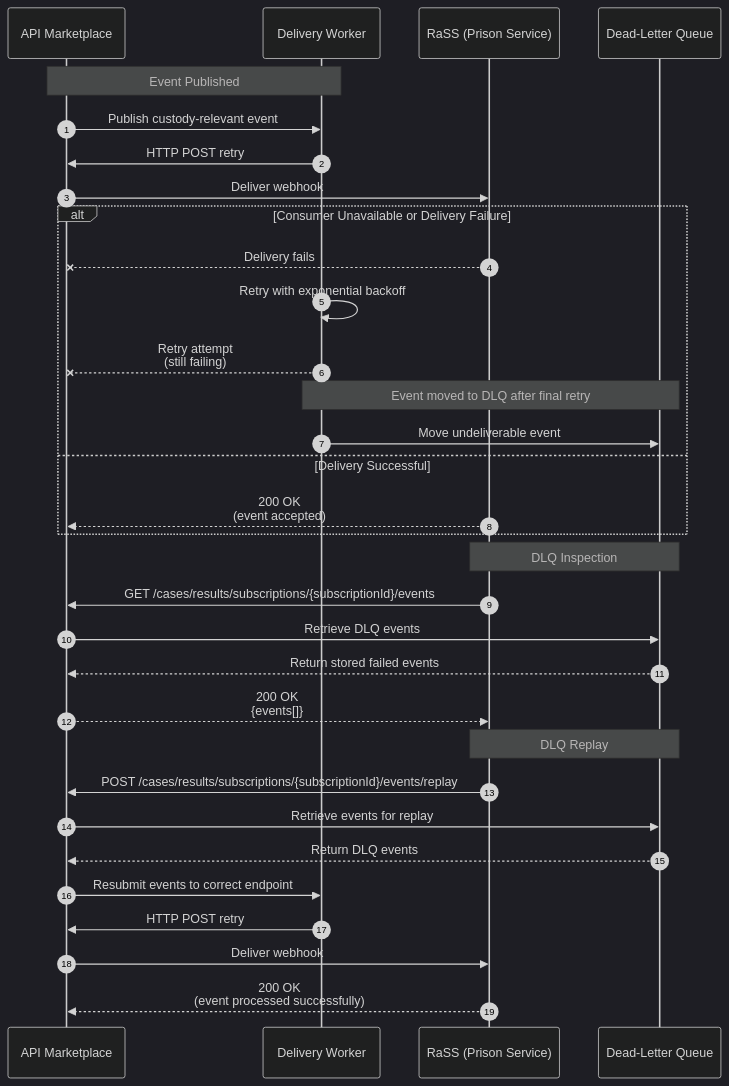
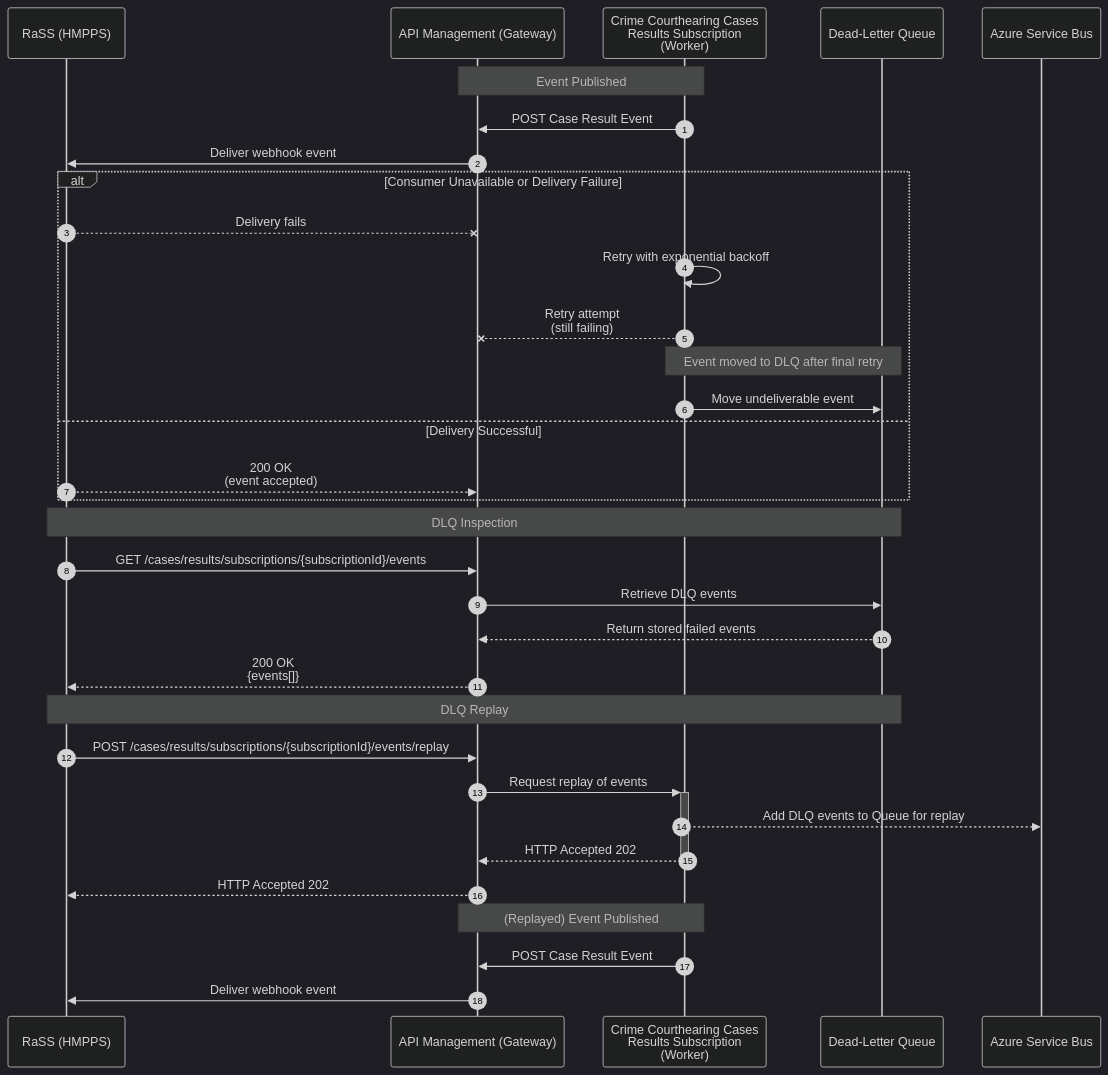
Before and after one commit to hmcts/api-cp-crime-hearing-case-event-subscription: the fourth of 4 diagrams in docs/NOTIFICATION_REQUIREMENTS.md, drawn with Mermaid (dark theme). The commit also changed other lines of this file, not shown here.

Commit message:
update failure sequence

````diff
--- a/docs/NOTIFICATION_REQUIREMENTS.md
+++ b/docs/NOTIFICATION_REQUIREMENTS.md
@@ -236,44 +236,49 @@
 ```mermaid
+
 sequenceDiagram
     autonumber
 
-    participant AMP as API Marketplace
-    participant Worker as Delivery Worker
-    participant Consumer as RaSS (Prison Service)
+    participant Consumer as RaSS (HMPPS)
+    participant APIM as API Management (Gateway)
+    participant Worker as Crime Courthearing Cases<br/>Results Subscription<br/>(Worker)
+
     participant DLQ as Dead-Letter Queue
+    participant AB as Azure Service Bus
 
-    Note over AMP,Worker: Event Published
+    Note over APIM,Worker: Event Published
 
-    AMP->>Worker: Publish custody-relevant event
-    Worker->>AMP: HTTP POST retry
-    AMP->>Consumer: Deliver webhook
+    Worker->>APIM: POST Case Result Event
+    APIM->>Consumer: Deliver webhook event
 
     alt Consumer Unavailable or Delivery Failure
-        Consumer--x AMP: Delivery fails
+        Consumer--x APIM: Delivery fails
         Worker->>Worker: Retry with exponential backoff
-        Worker--x AMP: Retry attempt<br/>(still failing)
+        Worker--x APIM: Retry attempt<br/>(still failing)
 
         Note over Worker,DLQ: Event moved to DLQ after final retry
 
         Worker->>DLQ: Move undeliverable event
     else Delivery Successful
-        Consumer-->>AMP: 200 OK<br/>(event accepted)
+        Consumer-->>APIM: 200 OK<br/>(event accepted)
     end
 
     Note over Consumer,DLQ: DLQ Inspection
 
-    Consumer->>AMP: GET /cases/results/subscriptions/{subscriptionId}/events
-    AMP->>DLQ: Retrieve DLQ events
-    DLQ-->>AMP: Return stored failed events
-    AMP-->>Consumer: 200 OK<br/>{events[]}
+    Consumer->>APIM: GET /cases/results/subscriptions/{subscriptionId}/events
+    APIM->>DLQ: Retrieve DLQ events
+    DLQ-->>APIM: Return stored failed events
+    APIM-->>Consumer: 200 OK<br/>{events[]}
 
     Note over Consumer,DLQ: DLQ Replay
 
-    Consumer->>AMP: POST /cases/results/subscriptions/{subscriptionId}/events/replay
-    AMP->>DLQ: Retrieve events for replay
-    DLQ-->>AMP: Return DLQ events
-    AMP->>Worker: Resubmit events to correct endpoint
-    Worker->>AMP: HTTP POST retry
-    AMP->>Consumer: Deliver webhook
-    Consumer-->>AMP: 200 OK<br/>(event processed successfully)
+    Consumer->>APIM: POST /cases/results/subscriptions/{subscriptionId}/events/replay
+
+    APIM->>+Worker: Request replay of events
+    Worker-->>AB: Add DLQ events to Queue for replay
+    Worker-->>-APIM: HTTP Accepted 202
+    APIM-->>Consumer: HTTP Accepted 202
+
+    Note over APIM,Worker: (Replayed) Event Published
+    Worker->>APIM: POST Case Result Event
+    APIM->>Consumer: Deliver webhook event
 ```
````
